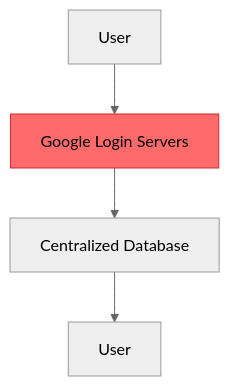
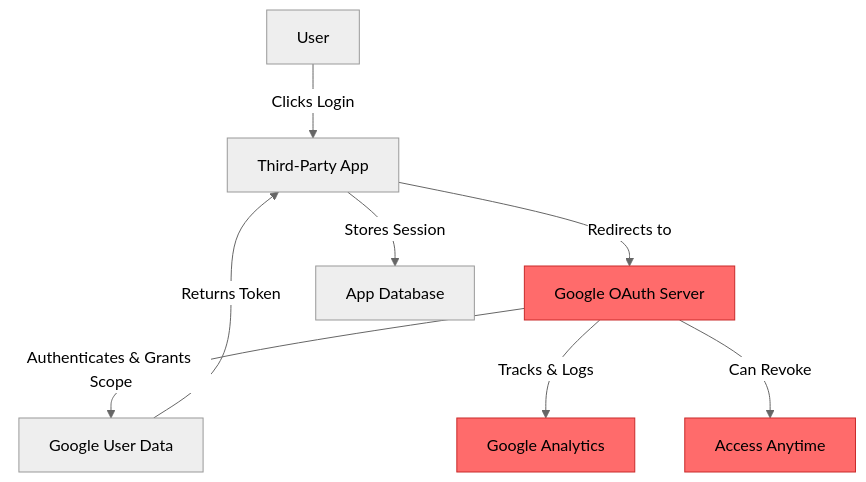
One commit to Elvatar2/Web2-To-Web3-Migration-Guide changed the first of 2 diagrams in 06-identity/01-google-login-to-siwe.md. Above: the diagram before and after it, drawn with Mermaid (neutral theme). The commit also changed other lines of this file, not shown here.

````diff
--- a/06-identity/01-google-login-to-siwe.md
+++ b/06-identity/01-google-login-to-siwe.md
@@ -52,8 +64,14 @@
 ```mermaid
 graph TB
-    A[User] --> B[Google Login Servers]
-    B --> C[Centralized Database]
-    C --> D[User]
+    A[User] -->|Clicks Login| B[Third-Party App]
+    B -->|Redirects to| C[Google OAuth Server]
+    C -->|Authenticates & Grants Scope| D[Google User Data]
+    D -->|Returns Token| B
+    B -->|Stores Session| E[App Database]
+    C -->|Tracks & Logs| F[Google Analytics]
+    C -->|Can Revoke| G[Access Anytime]
 
-    style B fill:#ff6b6b,stroke:#c92a2a
+    style C fill:#ff6b6b,stroke:#c92a2a
+    style F fill:#ff6b6b,stroke:#c92a2a
+    style G fill:#ff6b6b,stroke:#c92a2a
 ```
````
